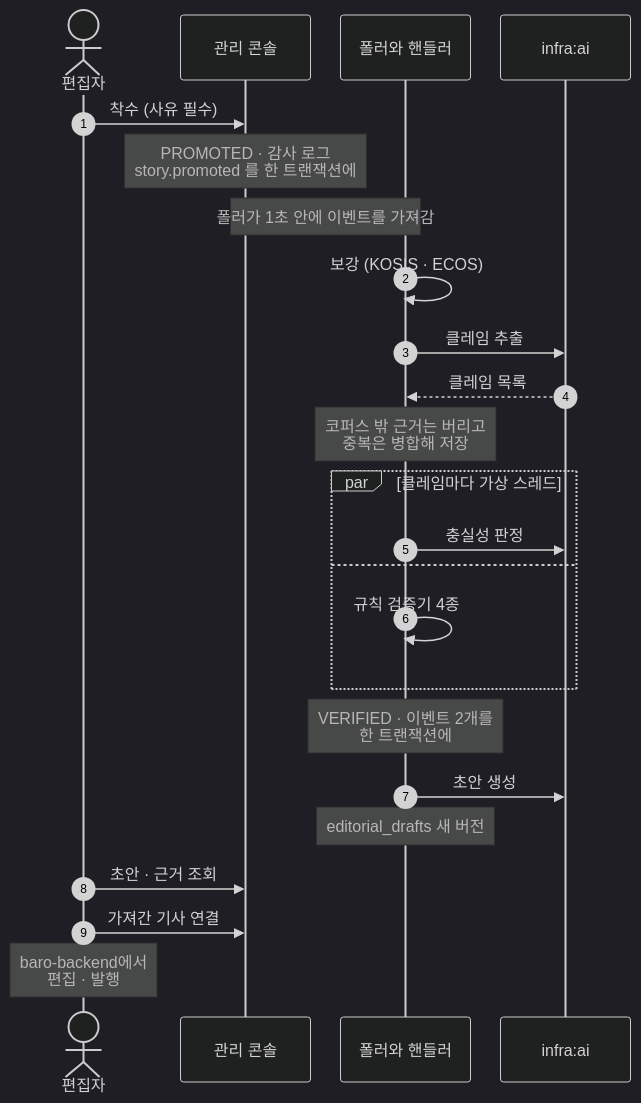
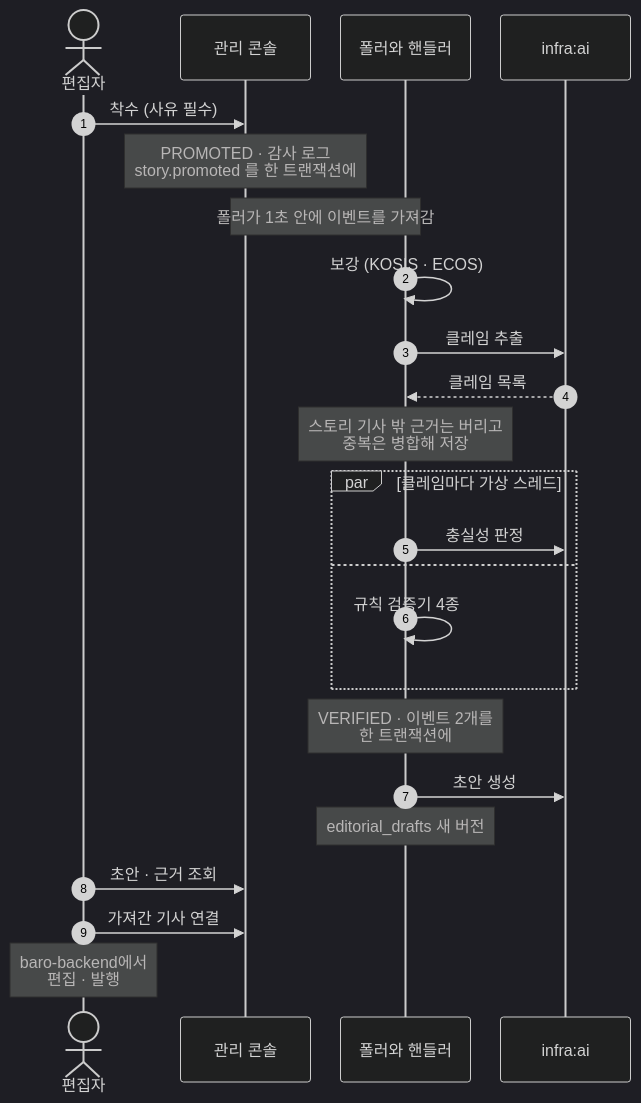
The third of 6 diagrams in src/content/blog/magazine-pipeline-two-apps-flow.md (oownahcohc/oownahcohc.github.io), drawn with Mermaid (dark theme) before and after one commit. The commit also changed other lines of this file and 79 other files, not shown here.

````diff
--- a/src/content/blog/magazine-pipeline-two-apps-flow.md
+++ b/src/content/blog/magazine-pipeline-two-apps-flow.md
@@ -131,27 +127,27 @@
 ```mermaid
 %%{init: {"sequence": {"actorMargin": 30, "width": 130}}}%%
 sequenceDiagram
     autonumber
     actor E as 편집자
     participant C as 관리 콘솔
     participant W as 폴러와 핸들러
     participant AI as infra:ai
     E->>C: 착수 (사유 필수)
     Note over C: PROMOTED · 감사 로그<br/>story.promoted 를 한 트랜잭션에
     Note over C,W: 폴러가 1초 안에 이벤트를 가져감
     W->>W: 보강 (KOSIS · ECOS)
     W->>AI: 클레임 추출
     AI-->>W: 클레임 목록
-    Note over W: 코퍼스 밖 근거는 버리고<br/>중복은 병합해 저장
+    Note over W: 스토리 기사 밖 근거는 버리고<br/>중복은 병합해 저장
     par 클레임마다 가상 스레드
         W->>AI: 충실성 판정
     and
         W->>W: 규칙 검증기 4종
     end
     Note over W: VERIFIED · 이벤트 2개를<br/>한 트랜잭션에
     W->>AI: 초안 생성
     Note over W: editorial_drafts 새 버전
     E->>C: 초안 · 근거 조회
     E->>C: 가져간 기사 연결
     Note over E: baro-backend에서<br/>편집 · 발행
 ```
````
